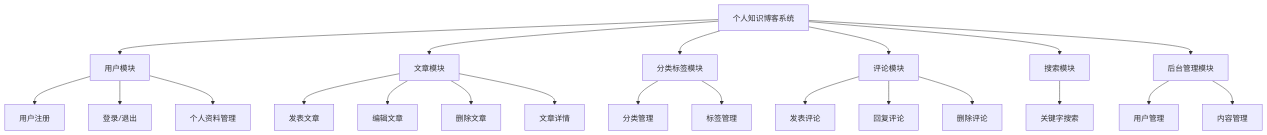
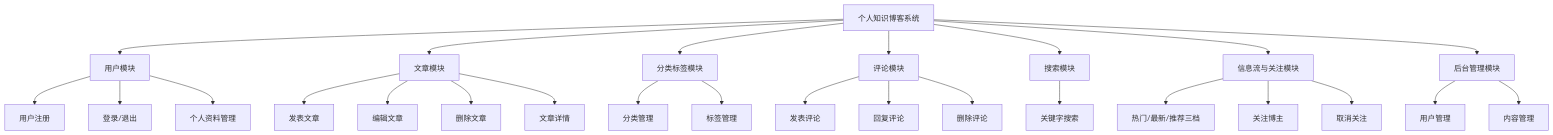
The first of 2 diagrams in docs/数据库设计文档.md (riverstarmeltsnow/knowledge-blog), drawn with Mermaid before and after one commit. The commit also changed other lines of this file and 44 other files, not shown here.

````diff
--- a/docs/数据库设计文档.md
+++ b/docs/数据库设计文档.md
@@ -7,31 +7,36 @@
 ```mermaid
 flowchart TD
     A[个人知识博客系统]
     A --> B[用户模块]
     A --> C[文章模块]
     A --> D[分类标签模块]
     A --> E[评论模块]
     A --> F[搜索模块]
+    A --> H[信息流与关注模块]
     A --> G[后台管理模块]
 
     B --> B1[用户注册]
     B --> B2[登录/退出]
     B --> B3[个人资料管理]
 
     C --> C1[发表文章]
     C --> C2[编辑文章]
     C --> C3[删除文章]
     C --> C4[文章详情]
 
     D --> D1[分类管理]
     D --> D2[标签管理]
 
     E --> E1[发表评论]
     E --> E2[回复评论]
     E --> E3[删除评论]
 
     F --> F1[关键字搜索]
 
+    H --> H1[热门/最新/推荐三档]
+    H --> H2[关注博主]
+    H --> H3[取消关注]
+
     G --> G1[用户管理]
     G --> G2[内容管理]
 ```
````
